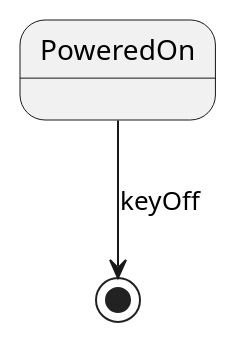
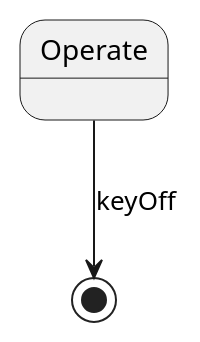
Before and after one commit to HansBug/research_ideas: the fourth of 7 diagrams in project_1_llm_state_machine_modeling/paper_stm_repair/reports/2026-07-19-issue-161-plantuml-java-frontend.md, drawn with PlantUML. The commit also changed other lines of this file and 622 other files, not shown here.

First line of the commit message:
fix(paper1): 切换Phase-II最终池并重建PlantUML转换证据

````diff
--- a/project_1_llm_state_machine_modeling/paper_stm_repair/reports/2026-07-19-issue-161-plantuml-java-frontend.md
+++ b/project_1_llm_state_machine_modeling/paper_stm_repair/reports/2026-07-19-issue-161-plantuml-java-frontend.md
@@ -261,3 +240,3 @@
 ```plantuml
-PoweredOn --> [*]: keyOff
+Operate --> [*] : keyOff
 ```
````
